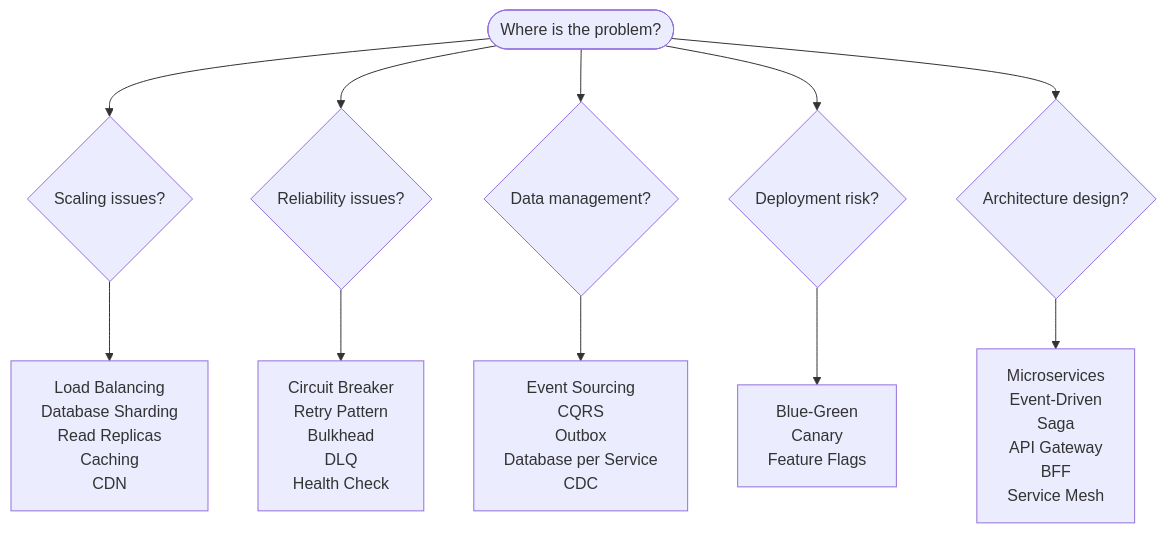
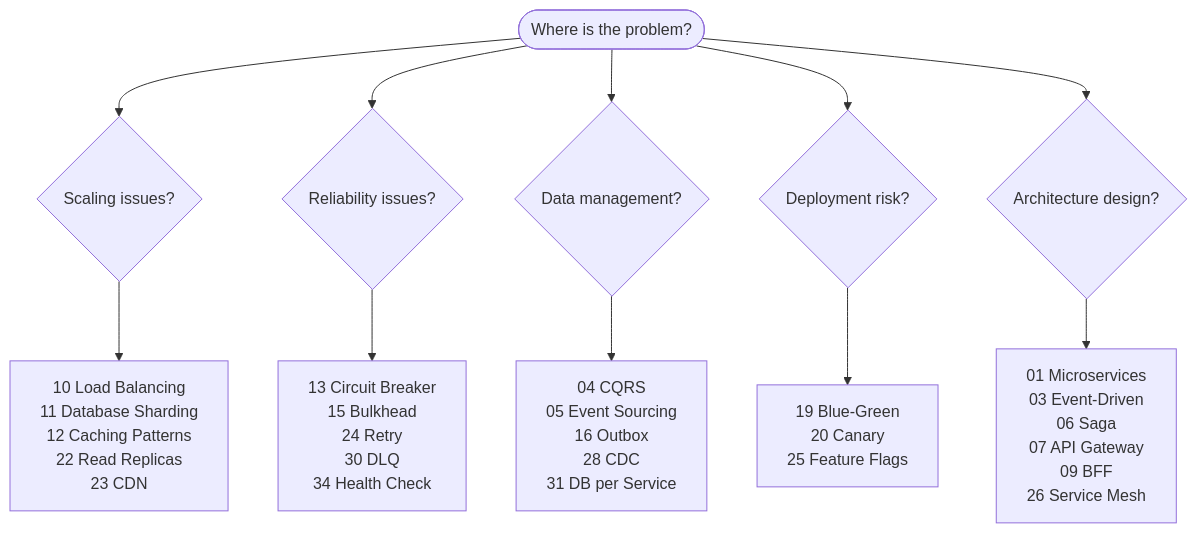
Before and after one commit to teppidigital/knowledgebase: the diagram in system-design/README.md, drawn with Mermaid. The commit also changed other lines of this file and 34 other files, not shown here.

First line of the commit message:
docs(system-design): update architecture docs

````diff
--- a/system-design/README.md
+++ b/system-design/README.md
@@ -131,16 +131,16 @@
 ```mermaid
 flowchart TD
     Start(["Where is the problem?"])
 
     Start --> Scale{Scaling issues?}
     Start --> Reliability{Reliability issues?}
     Start --> Data{Data management?}
     Start --> Deploy{Deployment risk?}
     Start --> Architecture{Architecture design?}
 
-    Scale --> LB["Load Balancing<br/>Database Sharding<br/>Read Replicas<br/>Caching<br/>CDN"]
-    Reliability --> CB["Circuit Breaker<br/>Retry Pattern<br/>Bulkhead<br/>DLQ<br/>Health Check"]
-    Data --> DM["Event Sourcing<br/>CQRS<br/>Outbox<br/>Database per Service<br/>CDC"]
-    Deploy --> DP["Blue-Green<br/>Canary<br/>Feature Flags"]
-    Architecture --> AR["Microservices<br/>Event-Driven<br/>Saga<br/>API Gateway<br/>BFF<br/>Service Mesh"]
+    Scale     --> LB["10 Load Balancing\n11 Database Sharding\n12 Caching Patterns\n22 Read Replicas\n23 CDN"]
+    Reliability --> CB["13 Circuit Breaker\n15 Bulkhead\n24 Retry\n30 DLQ\n34 Health Check"]
+    Data      --> DM["04 CQRS\n05 Event Sourcing\n16 Outbox\n28 CDC\n31 DB per Service"]
+    Deploy    --> DP["19 Blue-Green\n20 Canary\n25 Feature Flags"]
+    Architecture --> AR["01 Microservices\n03 Event-Driven\n06 Saga\n07 API Gateway\n09 BFF\n26 Service Mesh"]
 ```
````
